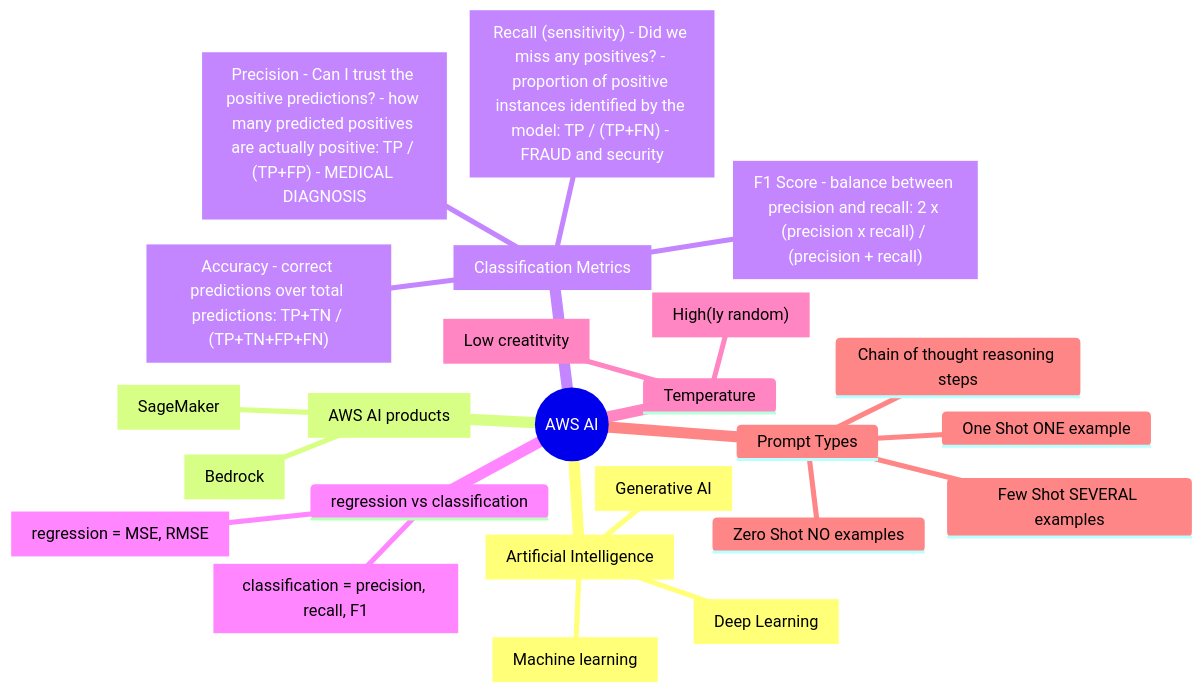
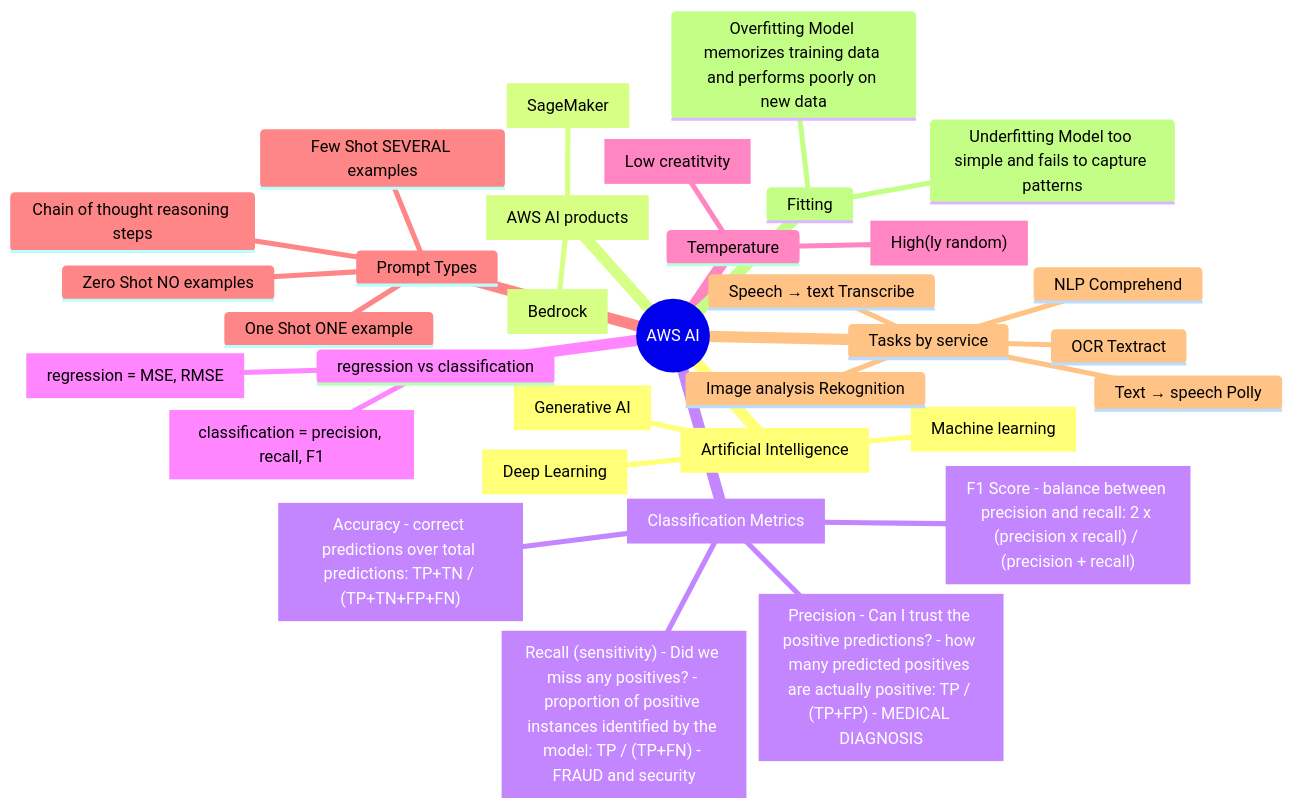
One commit to gitstua/Mindmaps changed the diagram in aws-ai.md. Above: the diagram before and after it, drawn with Mermaid.

````diff
--- a/aws-ai.md
+++ b/aws-ai.md
@@ -5,27 +5,39 @@
 ```mermaid
 mindmap
   root(("AWS AI"))
     ai["Artificial Intelligence"]
       ml["Machine learning"]
       dl["Deep Learning"]
       genai["Generative AI"]
     products["AWS AI products"]
       bedrock["Bedrock"]
       sagemaker["SageMaker"]
     metrics["Classification Metrics"]
       accuracy["Accuracy - correct predictions over total predictions: TP+TN / (TP+TN+FP+FN)"]
       precision["Precision - Can I trust the positive predictions? - how many predicted positives are actually positive: TP / (TP+FP) - MEDICAL DIAGNOSIS"]
       recall["Recall (sensitivity) - Did we miss any positives? - proportion of positive instances identified by the model: TP / (TP+FN) - FRAUD and security"]
       f1["F1 Score - balance between precision and recall: 2 x (precision x recall) / (precision + recall)"]
     regression vs classification
       regression["regression = MSE, RMSE"]
       classification["classification = precision, recall, F1"]
     Temperature
       high["High(ly random)"]
       low[Low creatitvity]
     Prompt Types
       Zero Shot NO examples
       One Shot ONE example
       Few Shot SEVERAL examples
       Chain of thought reasoning steps
+    Tasks by service
+      OCR Textract
+      Image analysis Rekognition
+      NLP Comprehend
+      Speech → text Transcribe
+      Text → speech Polly
+    Fitting
+      Overfitting Model memorizes training data and performs poorly on new data
+      Underfitting Model too simple and fails to capture patterns
+
+
+
 ```
````
